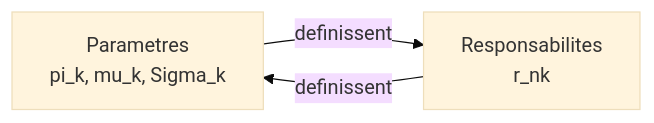
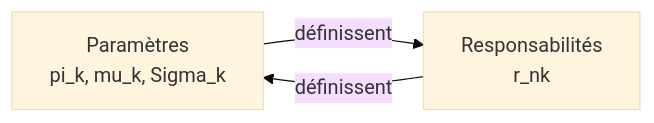
Before and after one commit to tanguychenier/Mathematiques-pour-le-Machine-Learning: the second of 5 diagrams in chapitres/11-melanges-gaussiens.md, drawn with Mermaid (base theme). The commit also changed other lines of this file and 7 other files, not shown here.

````diff
--- a/chapitres/11-melanges-gaussiens.md
+++ b/chapitres/11-melanges-gaussiens.md
@@ -293,5 +293,5 @@
 ```mermaid
 flowchart LR
-    P["Parametres<br/>pi_k, mu_k, Sigma_k"] -->|"definissent"| R["Responsabilites<br/>r_nk"]
-    R -->|"definissent"| P
+    P["Paramètres<br/>pi_k, mu_k, Sigma_k"] -->|"définissent"| R["Responsabilités<br/>r_nk"]
+    R -->|"définissent"| P
 ```
````
